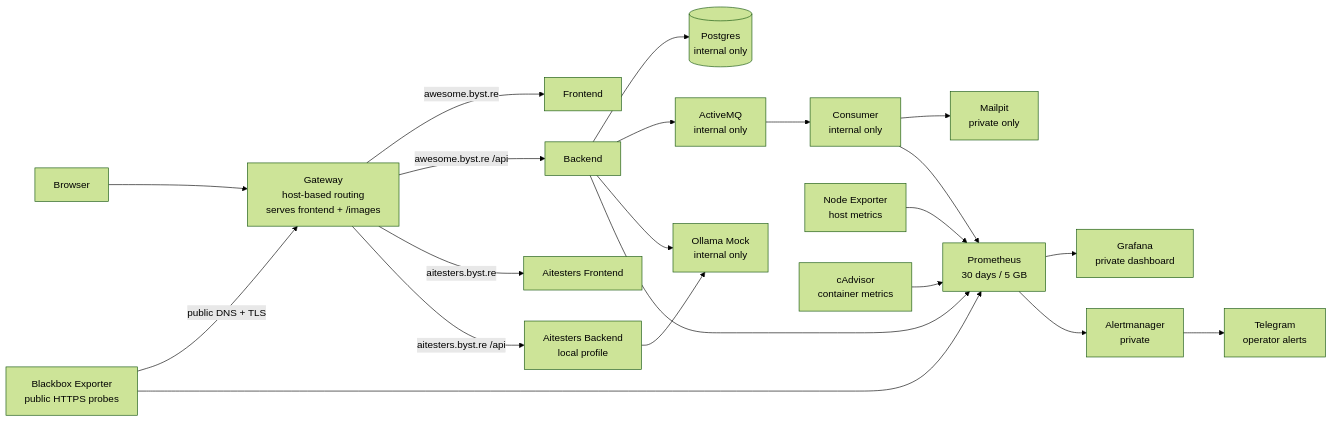
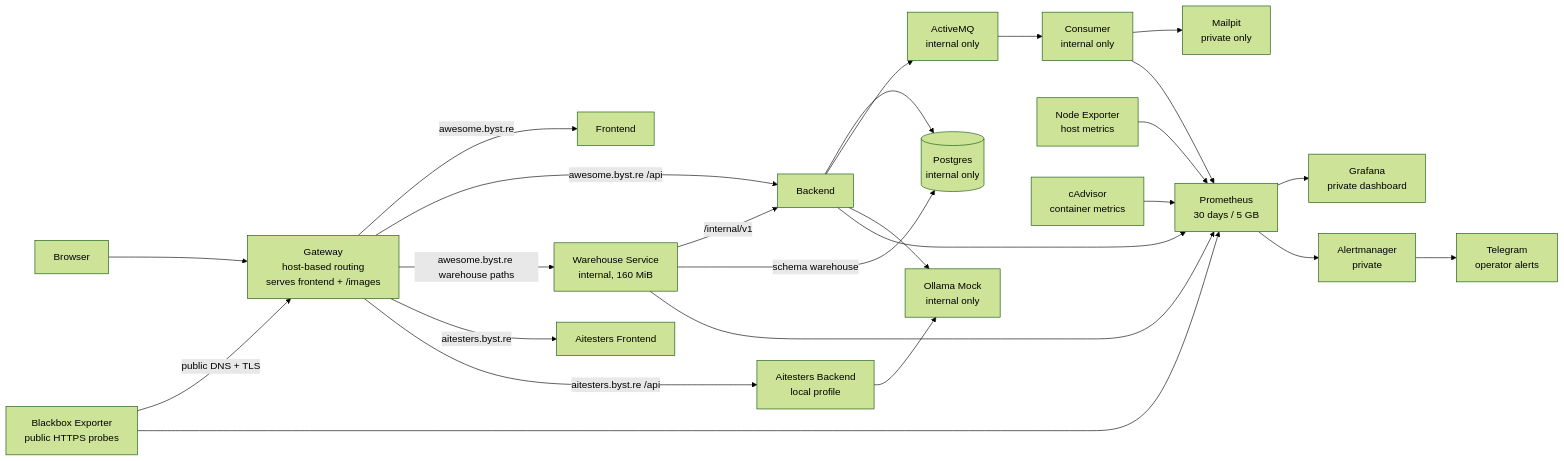
One commit to slawekradzyminski/awesome-localstack changed the third of 3 diagrams in README.md. Above: the diagram before and after it, drawn with Mermaid (forest theme). The commit also changed other lines of this file and 39 other files, not shown here.

First line of the commit message:
Add warehouse-service and commerce wave 2 to the stack (#71)

````diff
--- a/README.md
+++ b/README.md
@@ -381,42 +402,47 @@
 ```mermaid
 flowchart LR
     U[Browser]
     G[Gateway<br/>host-based routing<br/>serves frontend + /images]
     F[Frontend]
     B[Backend]
+    W[Warehouse Service<br/>internal, 160 MiB]
     AF[Aitesters Frontend]
     AB[Aitesters Backend<br/>local profile]
     DB[(Postgres<br/>internal only)]
     MQ[ActiveMQ<br/>internal only]
     C[Consumer<br/>internal only]
     M[Mailpit<br/>private only]
     O[Ollama Mock<br/>internal only]
     N[Node Exporter<br/>host metrics]
     CA[cAdvisor<br/>container metrics]
     BB[Blackbox Exporter<br/>public HTTPS probes]
     P[Prometheus<br/>30 days / 5 GB]
     AM[Alertmanager<br/>private]
     T[Telegram<br/>operator alerts]
     GR[Grafana<br/>private dashboard]
 
     U --> G
     G -->|awesome.byst.re| F
     G -->|awesome.byst.re /api| B
+    G -->|awesome.byst.re warehouse paths| W
+    W -->|/internal/v1| B
+    W -->|schema warehouse| DB
     G -->|aitesters.byst.re| AF
     G -->|aitesters.byst.re /api| AB
     B --> DB
     B --> MQ
     MQ --> C
     C --> M
     B --> O
     AB --> O
     N --> P
     CA --> P
     BB -->|public DNS + TLS| G
     BB --> P
     B --> P
     C --> P
+    W --> P
     P --> GR
     P --> AM
     AM --> T
 ```
````
